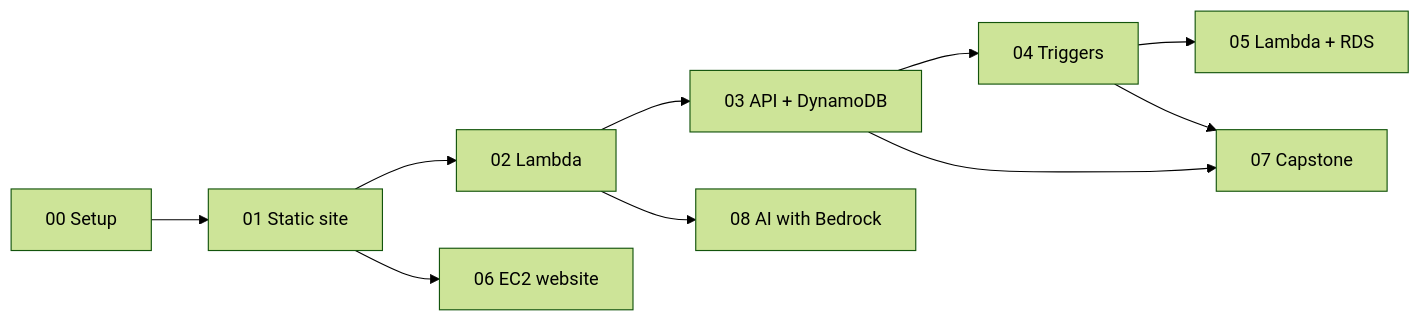
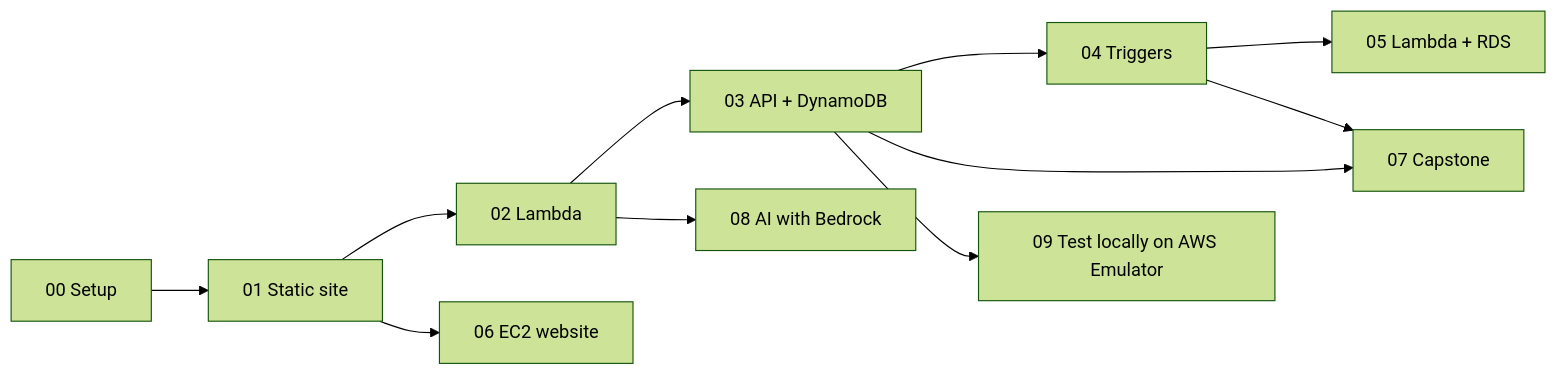
One commit to mkabajah/AWS-Workshop changed the diagram in README.md. Above: the diagram before and after it, drawn with Mermaid (forest theme). The commit also changed other lines of this file and 9 other files, not shown here.

First line of the commit message:
Add lab 09: test on your laptop with AWS Emulator

````diff
--- a/README.md
+++ b/README.md
@@ -32,9 +33,10 @@
 ```mermaid
 flowchart LR
   L00[00 Setup] --> L01[01 Static site] --> L02[02 Lambda] --> L03[03 API + DynamoDB] --> L04[04 Triggers]
   L04 --> L05[05 Lambda + RDS]
   L01 --> L06[06 EC2 website]
   L03 --> L07[07 Capstone]
   L04 --> L07
   L02 --> L08[08 AI with Bedrock]
+  L03 --> L09[09 Test locally on AWS Emulator]
 ```
````
